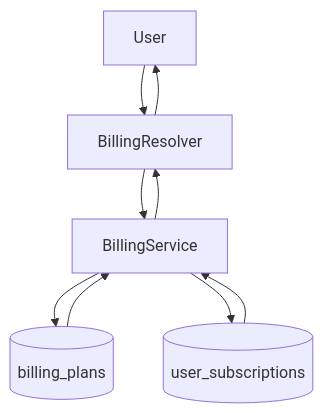
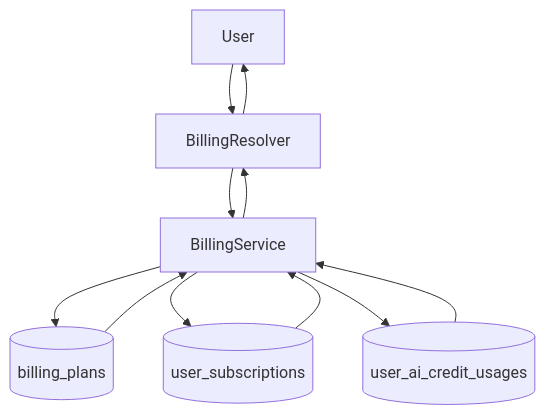
Before and after one commit to AmanVatsSharma/MailZen-Smart-Email-Management: the diagram in apps/backend/src/billing/README.md, drawn with Mermaid. The commit also changed other lines of this file and 18 other files, not shown here.

````diff
--- a/apps/backend/src/billing/README.md
+++ b/apps/backend/src/billing/README.md
@@ -28,11 +31,13 @@
 ```mermaid
 flowchart TD
   User --> Resolver[BillingResolver]
   Resolver --> Service[BillingService]
   Service --> PlanRepo[(billing_plans)]
   Service --> SubRepo[(user_subscriptions)]
+  Service --> AiUsageRepo[(user_ai_credit_usages)]
   PlanRepo --> Service
   SubRepo --> Service
+  AiUsageRepo --> Service
   Service --> Resolver
   Resolver --> User
 ```
````
